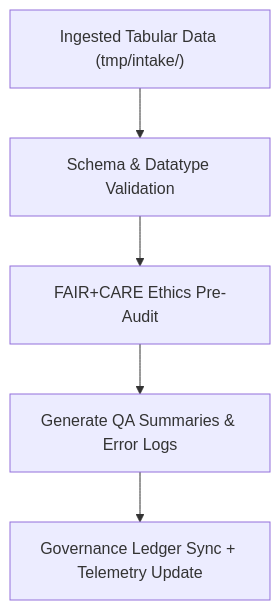
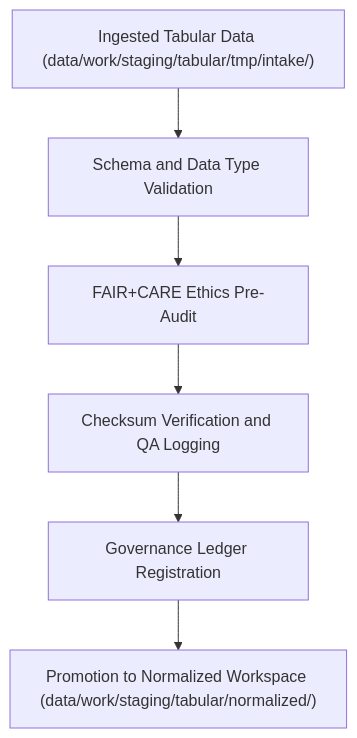
Before and after one commit to bartytime4life/Kansas-Frontier-Matrix: the diagram in data/work/staging/tabular/tmp/validation/README.md, drawn with Mermaid. The commit also changed other lines of this file, not shown here.

First line of the commit message:
Update README for Kansas Frontier Matrix validation

````diff
--- a/data/work/staging/tabular/tmp/validation/README.md
+++ b/data/work/staging/tabular/tmp/validation/README.md
@@ -69,7 +63,8 @@
 ```mermaid
 flowchart TD
-    A["Ingested Tabular Data (tmp/intake/)"] --> B["Schema & Datatype Validation"]
+    A["Ingested Tabular Data (data/work/staging/tabular/tmp/intake/)"] --> B["Schema and Data Type Validation"]
     B --> C["FAIR+CARE Ethics Pre-Audit"]
-    C --> D["Generate QA Summaries & Error Logs"]
-    D --> E["Governance Ledger Sync + Telemetry Update"]
+    C --> D["Checksum Verification and QA Logging"]
+    D --> E["Governance Ledger Registration"]
+    E --> F["Promotion to Normalized Workspace (data/work/staging/tabular/normalized/)"]
 ```
````
